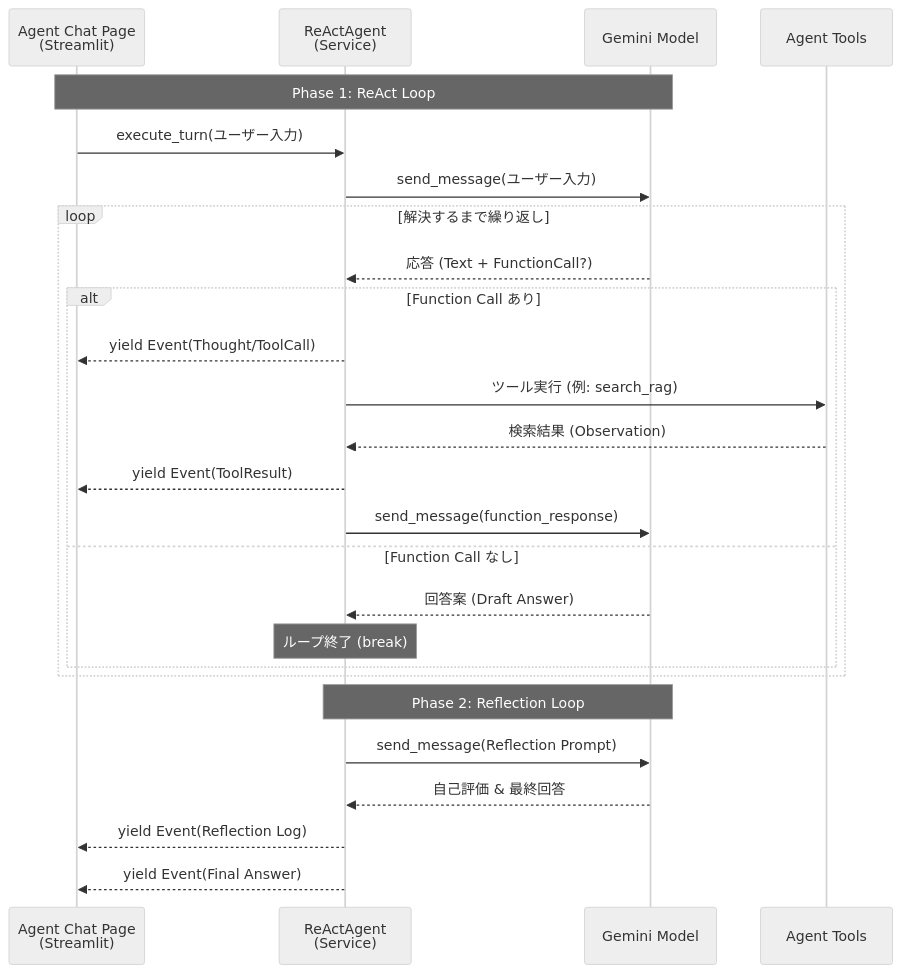
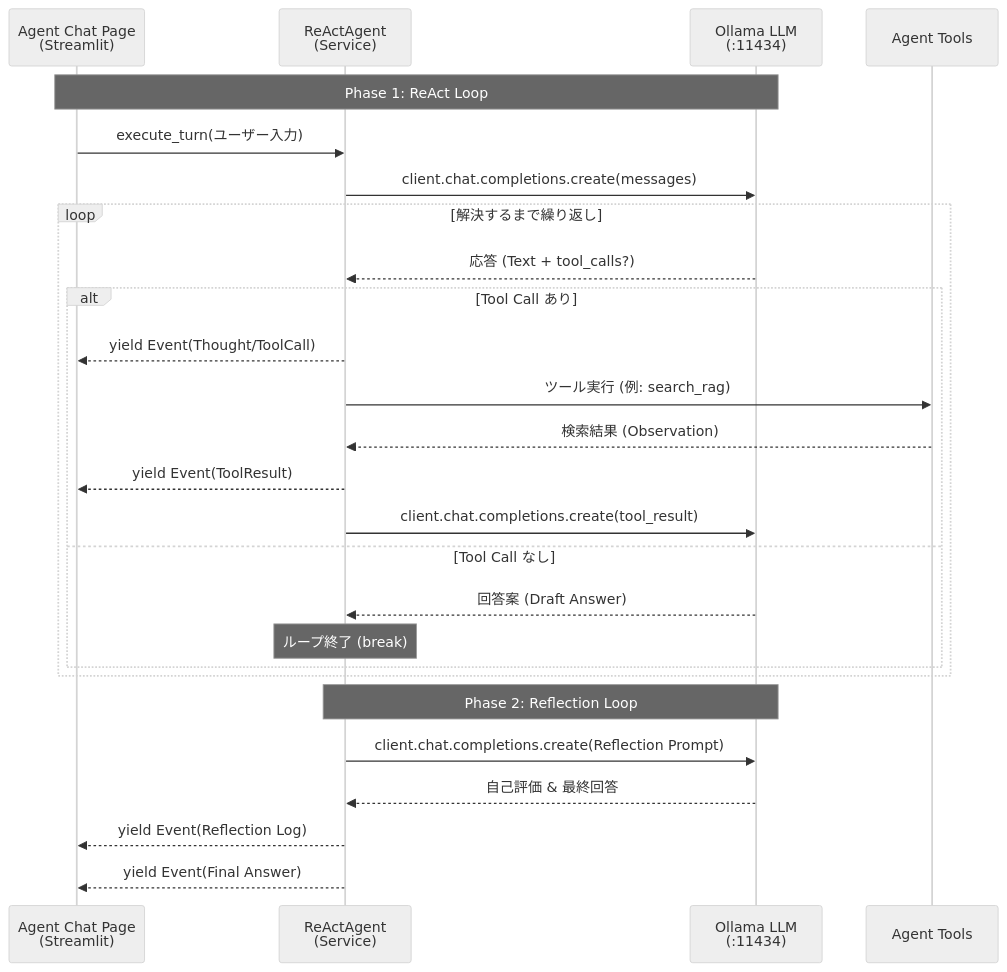
Before and after one commit to nakashima2toshio/ollama_grace_agent: the ninth of 10 diagrams in readme_react_reflection.md, drawn with Mermaid (neutral theme). The commit also changed other lines of this file, not shown here.

First line of the commit message:
docs: update readme_react_reflection.md from Gemini to Ollama backend

````diff
--- a/readme_react_reflection.md
+++ b/readme_react_reflection.md
@@ -798,30 +799,30 @@
 ```mermaid
 sequenceDiagram
     participant UI as Agent Chat Page<br>(Streamlit)
     participant Svc as ReActAgent<br>(Service)
-    participant LLM as Gemini Model
+    participant LLM as Ollama LLM<br>(:11434)
     participant Tool as Agent Tools
 
     Note over UI, LLM: Phase 1: ReAct Loop
     UI->>Svc: execute_turn(ユーザー入力)
-    Svc->>LLM: send_message(ユーザー入力)
+    Svc->>LLM: client.chat.completions.create(messages)
     loop 解決するまで繰り返し
-        LLM-->>Svc: 応答 (Text + FunctionCall?)
-        alt Function Call あり
+        LLM-->>Svc: 応答 (Text + tool_calls?)
+        alt Tool Call あり
             Svc-->>UI: yield Event(Thought/ToolCall)
             Svc->>Tool: ツール実行 (例: search_rag)
             Tool-->>Svc: 検索結果 (Observation)
             Svc-->>UI: yield Event(ToolResult)
-            Svc->>LLM: send_message(function_response)
-        else Function Call なし
+            Svc->>LLM: client.chat.completions.create(tool_result)
+        else Tool Call なし
             LLM-->>Svc: 回答案 (Draft Answer)
             Note over Svc: ループ終了 (break)
         end
     end
 
     Note over Svc, LLM: Phase 2: Reflection Loop
-    Svc->>LLM: send_message(Reflection Prompt)
+    Svc->>LLM: client.chat.completions.create(Reflection Prompt)
     LLM-->>Svc: 自己評価 & 最終回答
     Svc-->>UI: yield Event(Reflection Log)
     Svc-->>UI: yield Event(Final Answer)
 ```
````
